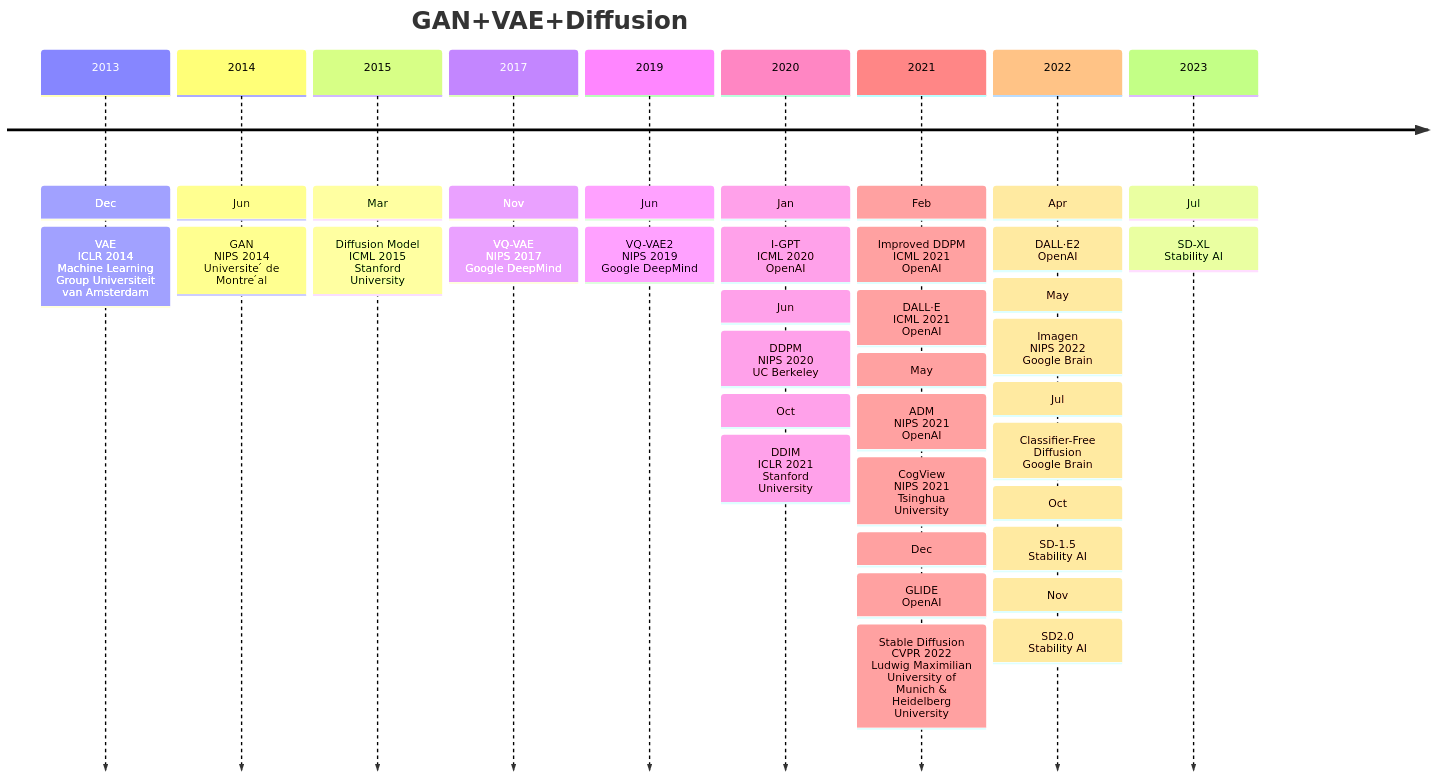
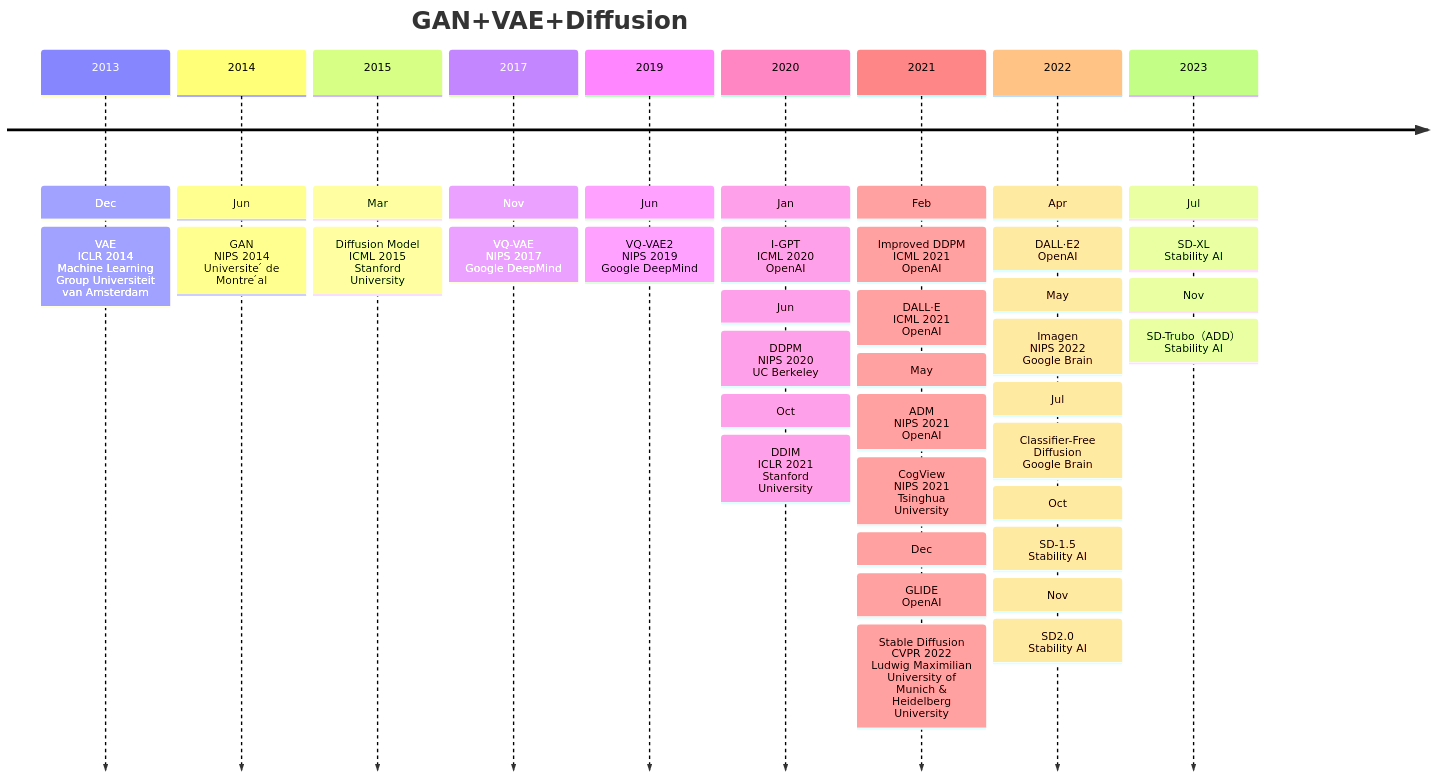
One commit to Elephant-King9/Paper changed the first of 5 diagrams in Base_Model/GAN+VAE+Diffusion/analyse.md. Above: the diagram before and after it, drawn with Mermaid. The commit also changed other lines of this file and 4 other files, not shown here.

````diff
--- a/Base_Model/GAN+VAE+Diffusion/analyse.md
+++ b/Base_Model/GAN+VAE+Diffusion/analyse.md
@@ -5,42 +5,44 @@
 ```mermaid
 timeline
     title GAN+VAE+Diffusion
     2013 : Dec
     		 : VAE<br>ICLR 2014<br>Machine Learning Group Universiteit van Amsterdam
 
     2014 : Jun
     		 : GAN<br>NIPS 2014<br>Universite ́ de Montre ́al
     2015 : Mar
          : Diffusion Model<br>ICML 2015<br>Stanford University
     2017 : Nov
     		 : VQ-VAE<br>NIPS 2017<br>Google DeepMind
     2019 : Jun
     		 : VQ-VAE2<br>NIPS 2019<br>Google DeepMind
     2020 : Jan
     		 : I-GPT<br>ICML 2020<br>OpenAI
     		 : Jun
     		 : DDPM<br>NIPS 2020<br>UC Berkeley
     		 : Oct
     		 : DDIM<br>ICLR 2021<br>Stanford University
     2021 : Feb
     		 : Improved DDPM<br>ICML 2021<br>OpenAI
     		 : DALL·E<br>ICML 2021<br>OpenAI
     		 : May
     		 : ADM<br>NIPS 2021<br>OpenAI
     		 : CogView<br>NIPS 2021<br>Tsinghua University
     		 : Dec
     		 : GLIDE<br>OpenAI
     		 : Stable Diffusion<br>CVPR 2022<br>Ludwig Maximilian University of Munich & Heidelberg University
     2022 : Apr
     		 : DALL·E2<br>OpenAI
     		 : May
     		 : Imagen<br>NIPS 2022<br>Google Brain
     		 : Jul
     		 : Classifier-Free Diffusion<br>Google Brain
     		 : Oct
     		 : SD-1.5<br>Stability AI
     		 : Nov
     		 : SD2.0<br>Stability AI
     2023 : Jul
     		 : SD-XL<br>Stability AI
+    		 : Nov
+    		 : SD-Trubo（ADD）<br>Stability AI
 ```
````
